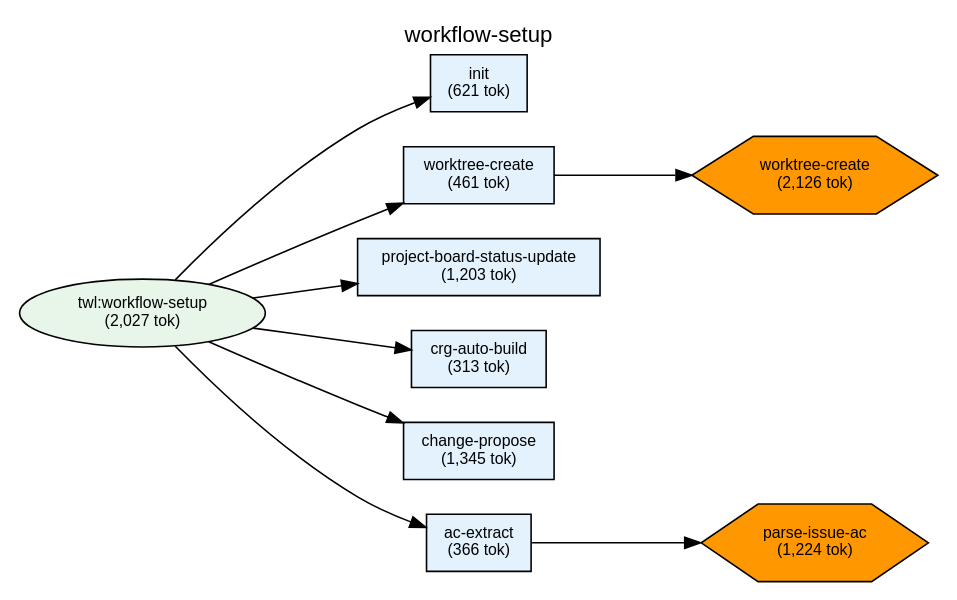
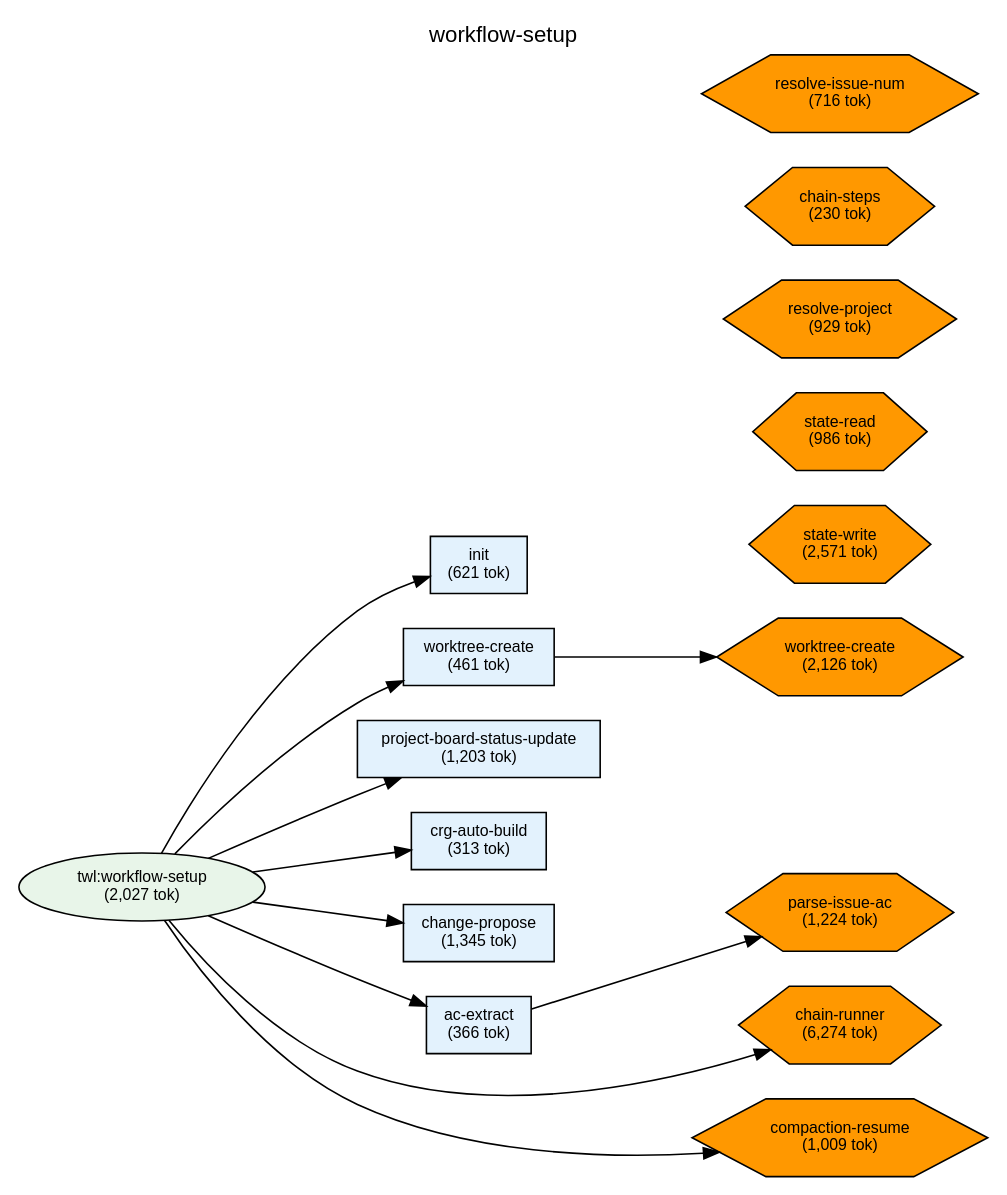
Before and after one commit to shuu5/twill: the diagram in plugins/twl/docs/deps-workflow-setup.dot, drawn with Graphviz. The commit also changed 13 other files, not shown here.

First line of the commit message:
fix(twl): script→script エッジ描画 + workflow→script calls 登録

```diff
--- a/plugins/twl/docs/deps-workflow-setup.dot
+++ b/plugins/twl/docs/deps-workflow-setup.dot
@@ -1,62 +1,79 @@
 digraph Dependencies {
     // Graph settings
     rankdir=LR;
     ranksep=0.8;
     nodesep=0.3;
     fontname="Helvetica";
     node [fontname="Helvetica", fontsize=10];
     edge [fontname="Helvetica", fontsize=9];
     label="workflow-setup";
     labelloc=t;
     fontsize=14;
 
     // L0: Controller Skills
 
     // L0: Launchers
 
     // L0.5: Workflow Skills
     skill_workflow_setup [label="twl:workflow-setup\n(2,027 tok)", shape=ellipse, style=filled, fillcolor="#e8f5e9"];
 
     // Reference Skills
 
     // L1: Direct Commands
     cmd_init [label="init\n(621 tok)", shape=box, style=filled, fillcolor="#e3f2fd"];
     cmd_worktree_create [label="worktree-create\n(461 tok)", shape=box, style=filled, fillcolor="#e3f2fd"];
     cmd_project_board_status_update [label="project-board-status-update\n(1,203 tok)", shape=box, style=filled, fillcolor="#e3f2fd"];
     cmd_crg_auto_build [label="crg-auto-build\n(313 tok)", shape=box, style=filled, fillcolor="#e3f2fd"];
     cmd_change_propose [label="change-propose\n(1,345 tok)", shape=box, style=filled, fillcolor="#e3f2fd"];
     cmd_ac_extract [label="ac-extract\n(366 tok)", shape=box, style=filled, fillcolor="#e3f2fd"];
 
     // L2: Sub Commands
 
     // L3: Agents
 
     // L3.5: Scripts
+    script_state_read [label="state-read\n(986 tok)", shape=hexagon, style=filled, fillcolor="#FF9800"];
+    script_state_write [label="state-write\n(2,571 tok)", shape=hexagon, style=filled, fillcolor="#FF9800"];
+    script_resolve_project [label="resolve-project\n(929 tok)", shape=hexagon, style=filled, fillcolor="#FF9800"];
+    script_chain_runner [label="chain-runner\n(6,274 tok)", shape=hexagon, style=filled, fillcolor="#FF9800"];
     script_worktree_create [label="worktree-create\n(2,126 tok)", shape=hexagon, style=filled, fillcolor="#FF9800"];
     script_parse_issue_ac [label="parse-issue-ac\n(1,224 tok)", shape=hexagon, style=filled, fillcolor="#FF9800"];
+    script_chain_steps [label="chain-steps\n(230 tok)", shape=hexagon, style=filled, fillcolor="#FF9800"];
+    script_compaction_resume [label="compaction-resume\n(1,009 tok)", shape=hexagon, style=filled, fillcolor="#FF9800"];
+    script_resolve_issue_num [label="resolve-issue-num\n(716 tok)", shape=hexagon, style=filled, fillcolor="#FF9800"];
 
     // L4: External
 
     // Layer constraints
     { rank=same; skill_workflow_setup; }
     { rank=same; cmd_init; cmd_worktree_create; cmd_project_board_status_update; cmd_crg_auto_build; cmd_change_propose; cmd_ac_extract; }
-    { rank=same; script_worktree_create; script_parse_issue_ac; }
+    { rank=same; script_state_read; script_state_write; script_resolve_project; script_chain_runner; script_worktree_create; script_parse_issue_ac; script_chain_steps; script_compaction_resume; script_resolve_issue_num; }
 
     // Edges
     skill_workflow_setup -> cmd_init;
     skill_workflow_setup -> cmd_worktree_create;
     skill_workflow_setup -> cmd_project_board_status_update;
     skill_workflow_setup -> cmd_crg_auto_build;
     skill_workflow_setup -> cmd_change_propose;
     skill_workflow_setup -> cmd_ac_extract;
+    skill_workflow_setup -> script_chain_runner;
+    skill_workflow_setup -> script_compaction_resume;
     cmd_worktree_create -> script_worktree_create;
     cmd_ac_extract -> script_parse_issue_ac;
 
     // Ordering constraints (invisible edges)
     cmd_init -> cmd_worktree_create [style=invis, weight=10];
     cmd_worktree_create -> cmd_project_board_status_update [style=invis, weight=10];
     cmd_project_board_status_update -> cmd_crg_auto_build [style=invis, weight=10];
     cmd_crg_auto_build -> cmd_change_propose [style=invis, weight=10];
     cmd_change_propose -> cmd_ac_extract [style=invis, weight=10];
+    cmd_ac_extract -> script_chain_runner [style=invis, weight=10];
+    script_chain_runner -> script_compaction_resume [style=invis, weight=10];
+    script_chain_runner -> script_compaction_resume [style=invis, weight=10];
+    script_chain_runner -> script_compaction_resume [style=invis, weight=10];
+    script_chain_runner -> script_compaction_resume [style=invis, weight=10];
+    script_state_read -> script_state_write [style=invis, weight=10];
+    script_state_read -> script_state_write [style=invis, weight=10];
+    script_state_read -> script_state_write [style=invis, weight=10];
 
 }
```
